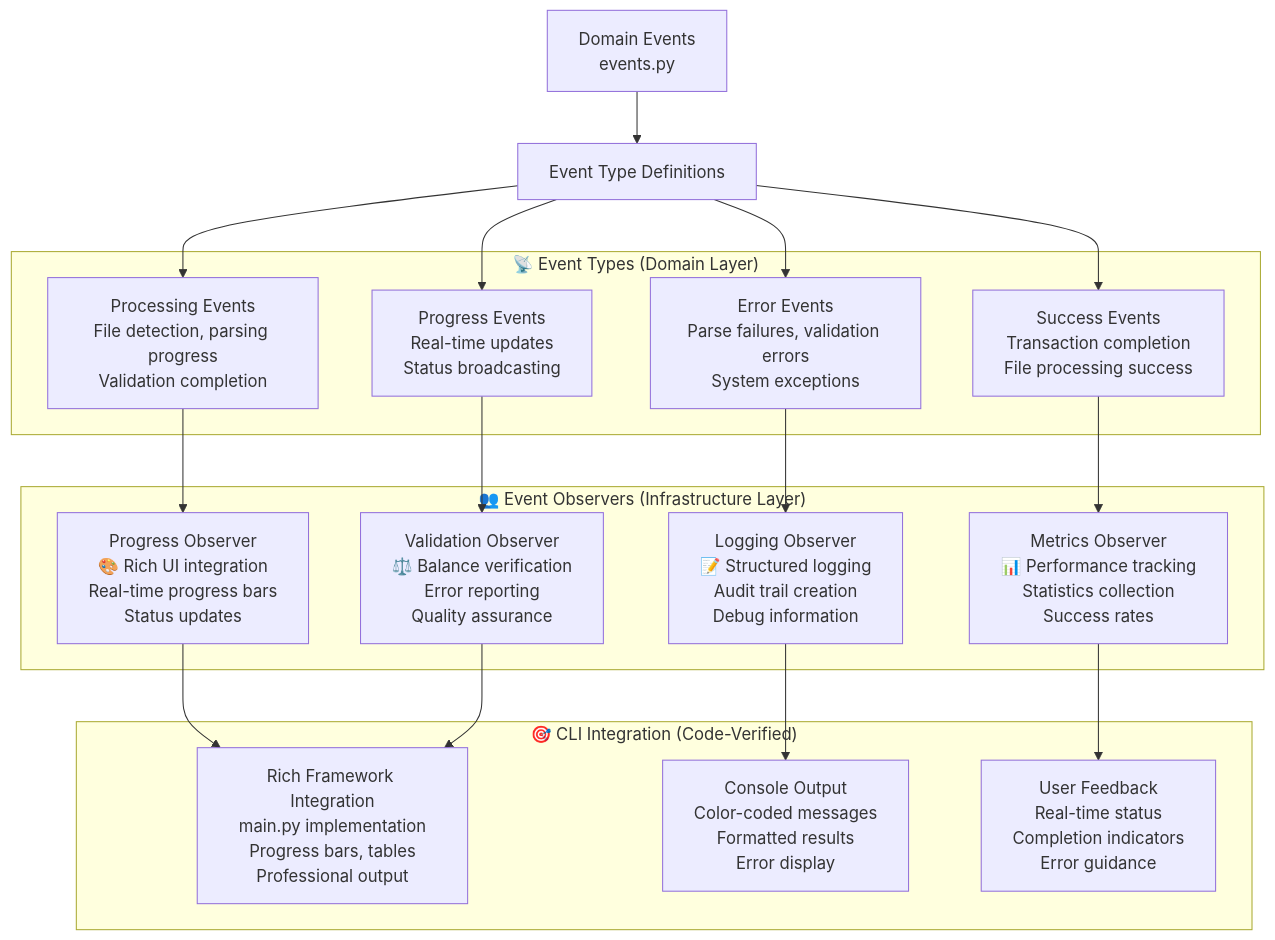
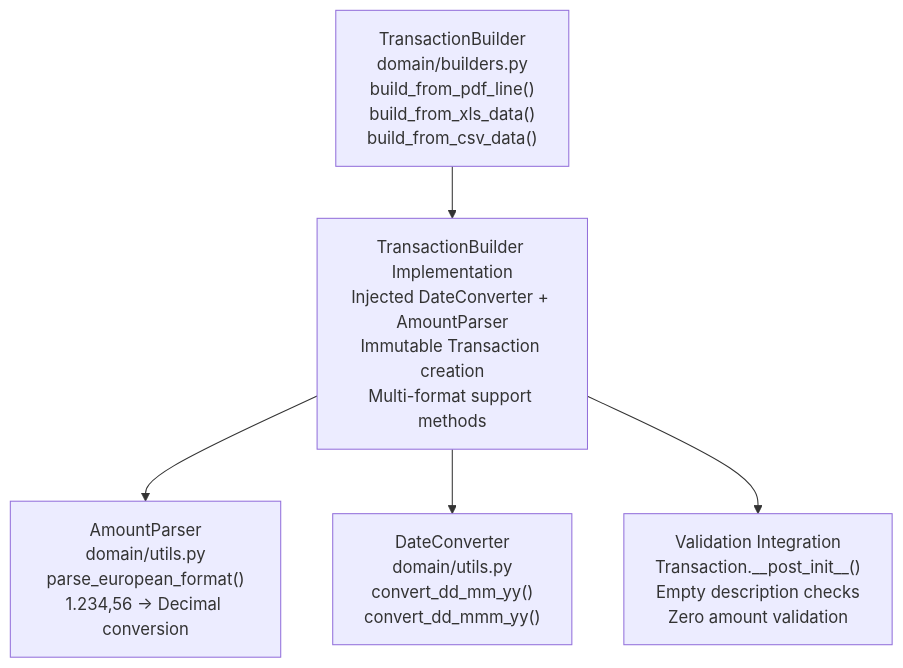
One commit to EduuardoPerez/financial-statement-processor changed the fourth of 9 diagrams in memory-bank/systemPatterns.md. Above: the diagram before and after it, drawn with Mermaid. The commit also changed other lines of this file and 6 other files, not shown here.

````diff
--- a/memory-bank/systemPatterns.md
+++ b/memory-bank/systemPatterns.md
@@ -125,47 +105,17 @@
 ```mermaid
-graph TD
-    EVENT_SOURCE["Domain Events<br/>events.py"] --> EVENT_TYPES["Event Type Definitions"]
+graph TB
+    BUILDER_INTERFACE["TransactionBuilder<br/>domain/builders.py<br/>build_from_pdf_line()<br/>build_from_xls_data()<br/>build_from_csv_data()"]
 
-    subgraph "📡 Event Types (Domain Layer)"
-        PROCESSING_EVENTS["Processing Events<br/>File detection, parsing progress<br/>Validation completion"]
+    TRANSACTION_BUILDER["TransactionBuilder Implementation<br/>Injected DateConverter + AmountParser<br/>Immutable Transaction creation<br/>Multi-format support methods"]
 
-        ERROR_EVENTS["Error Events<br/>Parse failures, validation errors<br/>System exceptions"]
+    AMOUNT_PARSER["AmountParser<br/>domain/utils.py<br/>parse_european_format()<br/>1.234,56 → Decimal conversion"]
 
-        SUCCESS_EVENTS["Success Events<br/>Transaction completion<br/>File processing success"]
+    DATE_CONVERTER["DateConverter<br/>domain/utils.py<br/>convert_dd_mm_yy()<br/>convert_dd_mmm_yy()"]
 
-        PROGRESS_EVENTS["Progress Events<br/>Real-time updates<br/>Status broadcasting"]
-    end
+    VALIDATION_INTEGRATION["Validation Integration<br/>Transaction.__post_init__()<br/>Empty description checks<br/>Zero amount validation"]
 
-    subgraph "👥 Event Observers (Infrastructure Layer)"
-        PROGRESS_OBSERVER["Progress Observer<br/>🎨 Rich UI integration<br/>Real-time progress bars<br/>Status updates"]
-
-        LOG_OBSERVER["Logging Observer<br/>📝 Structured logging<br/>Audit trail creation<br/>Debug information"]
-
-        METRICS_OBSERVER["Metrics Observer<br/>📊 Performance tracking<br/>Statistics collection<br/>Success rates"]
-
-        VALIDATION_OBSERVER["Validation Observer<br/>⚖️ Balance verification<br/>Error reporting<br/>Quality assurance"]
-    end
-
-    subgraph "🎯 CLI Integration (Code-Verified)"
-        RICH_INTEGRATION["Rich Framework Integration<br/>main.py implementation<br/>Progress bars, tables<br/>Professional output"]
-
-        CONSOLE_OUTPUT["Console Output<br/>Color-coded messages<br/>Formatted results<br/>Error display"]
-
-        USER_FEEDBACK["User Feedback<br/>Real-time status<br/>Completion indicators<br/>Error guidance"]
-    end
-
-    EVENT_TYPES --> PROCESSING_EVENTS
-    EVENT_TYPES --> ERROR_EVENTS
-    EVENT_TYPES --> SUCCESS_EVENTS
-    EVENT_TYPES --> PROGRESS_EVENTS
-
-    PROCESSING_EVENTS --> PROGRESS_OBSERVER
-    ERROR_EVENTS --> LOG_OBSERVER
-    SUCCESS_EVENTS --> METRICS_OBSERVER
-    PROGRESS_EVENTS --> VALIDATION_OBSERVER
-
-    PROGRESS_OBSERVER --> RICH_INTEGRATION
-    LOG_OBSERVER --> CONSOLE_OUTPUT
-    METRICS_OBSERVER --> USER_FEEDBACK
-    VALIDATION_OBSERVER --> RICH_INTEGRATION
+    BUILDER_INTERFACE --> TRANSACTION_BUILDER
+    TRANSACTION_BUILDER --> AMOUNT_PARSER
+    TRANSACTION_BUILDER --> DATE_CONVERTER
+    TRANSACTION_BUILDER --> VALIDATION_INTEGRATION
 ```
````
